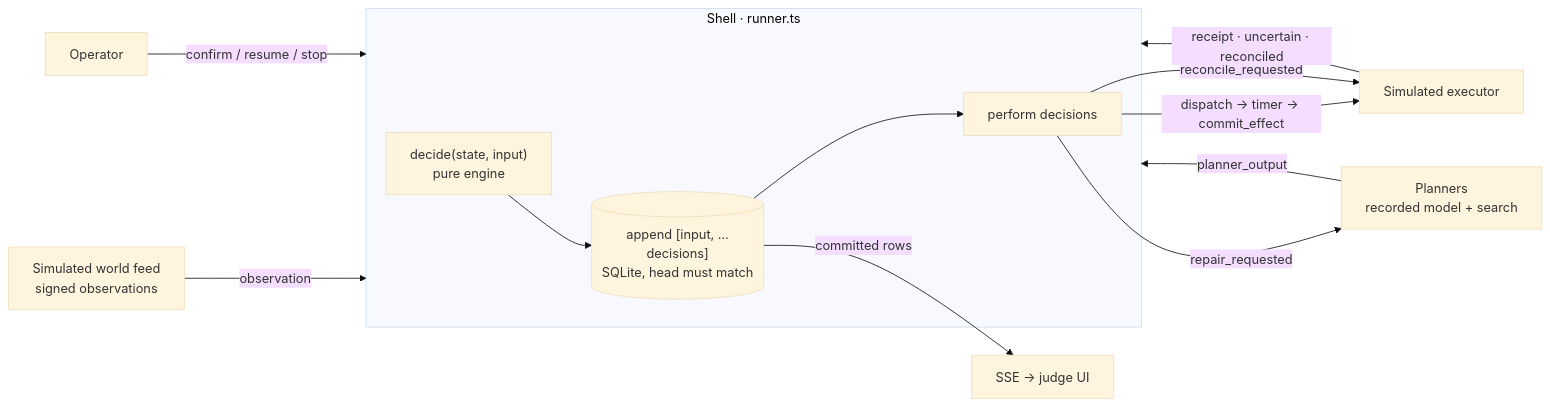
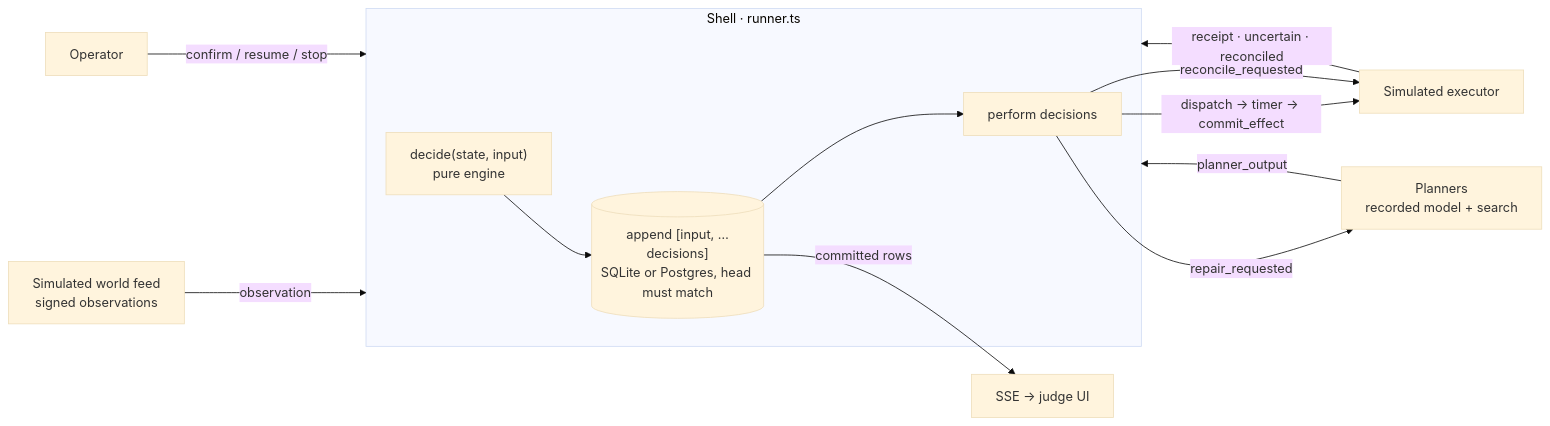
The diagram in docs/ARCHITECTURE.md (abuzaro21/keel), drawn with Mermaid (base theme) before and after one commit. The commit also changed other lines of this file and 10 other files, not shown here.

````diff
--- a/docs/ARCHITECTURE.md
+++ b/docs/ARCHITECTURE.md
@@ -5,15 +5,15 @@
 ```mermaid
 flowchart LR
   F[Simulated world feed<br/>signed observations] -->|observation| S
   O[Operator] -->|confirm / resume / stop| S
   X[Simulated executor] -->|receipt · uncertain · reconciled| S
   P[Planners<br/>recorded model + search] -->|planner_output| S
   subgraph S[Shell · runner.ts]
-    D["decide(state, input)<br/>pure engine"] --> A[("append [input, …decisions]<br/>SQLite, head must match")]
+    D["decide(state, input)<br/>pure engine"] --> A[("append [input, …decisions]<br/>SQLite or Postgres, head must match")]
     A --> E[perform decisions]
   end
   E -->|dispatch → timer → commit_effect| X
   E -->|repair_requested| P
   E -->|reconcile_requested| X
   A -->|committed rows| U[SSE → judge UI]
 ```
````
